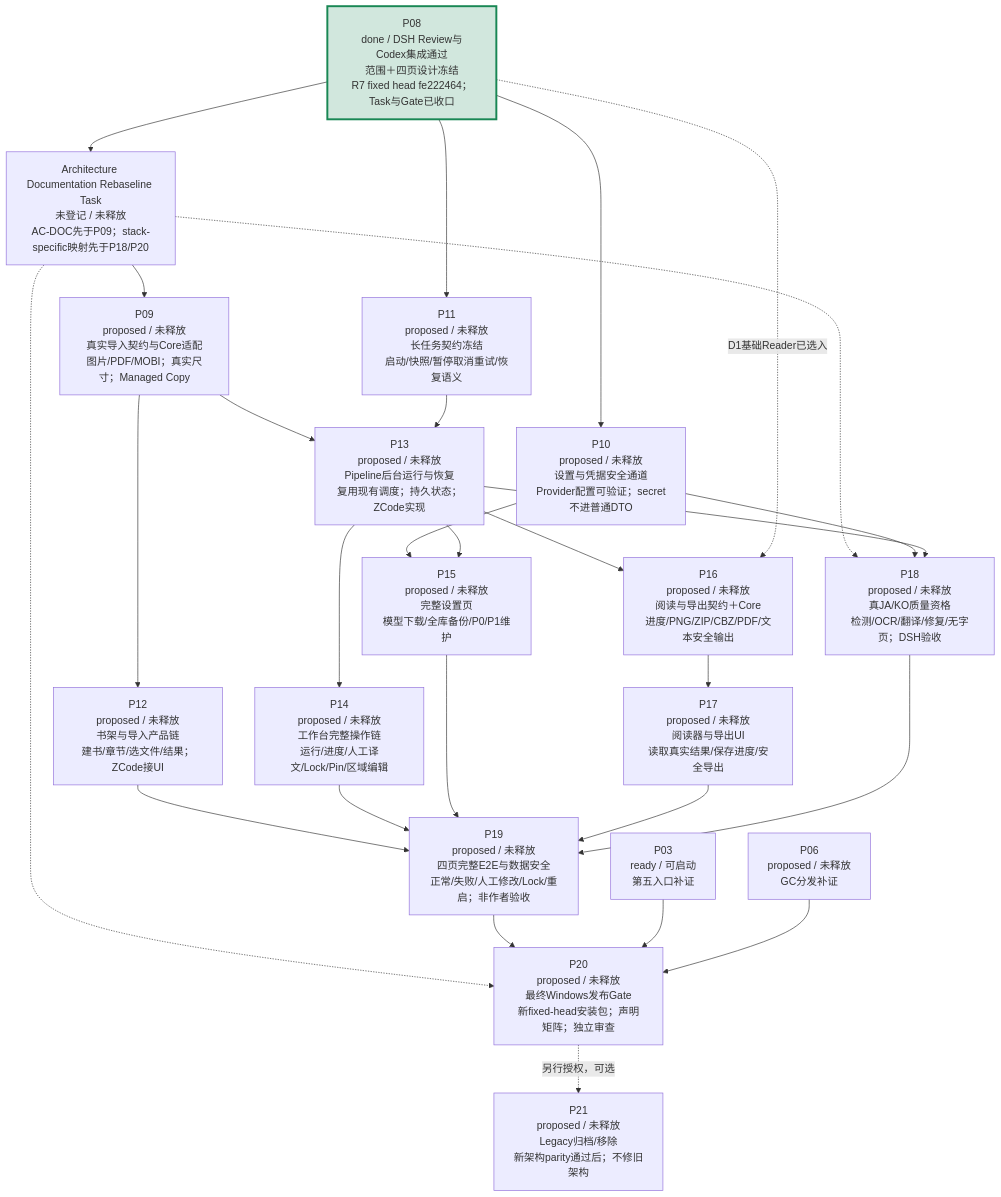
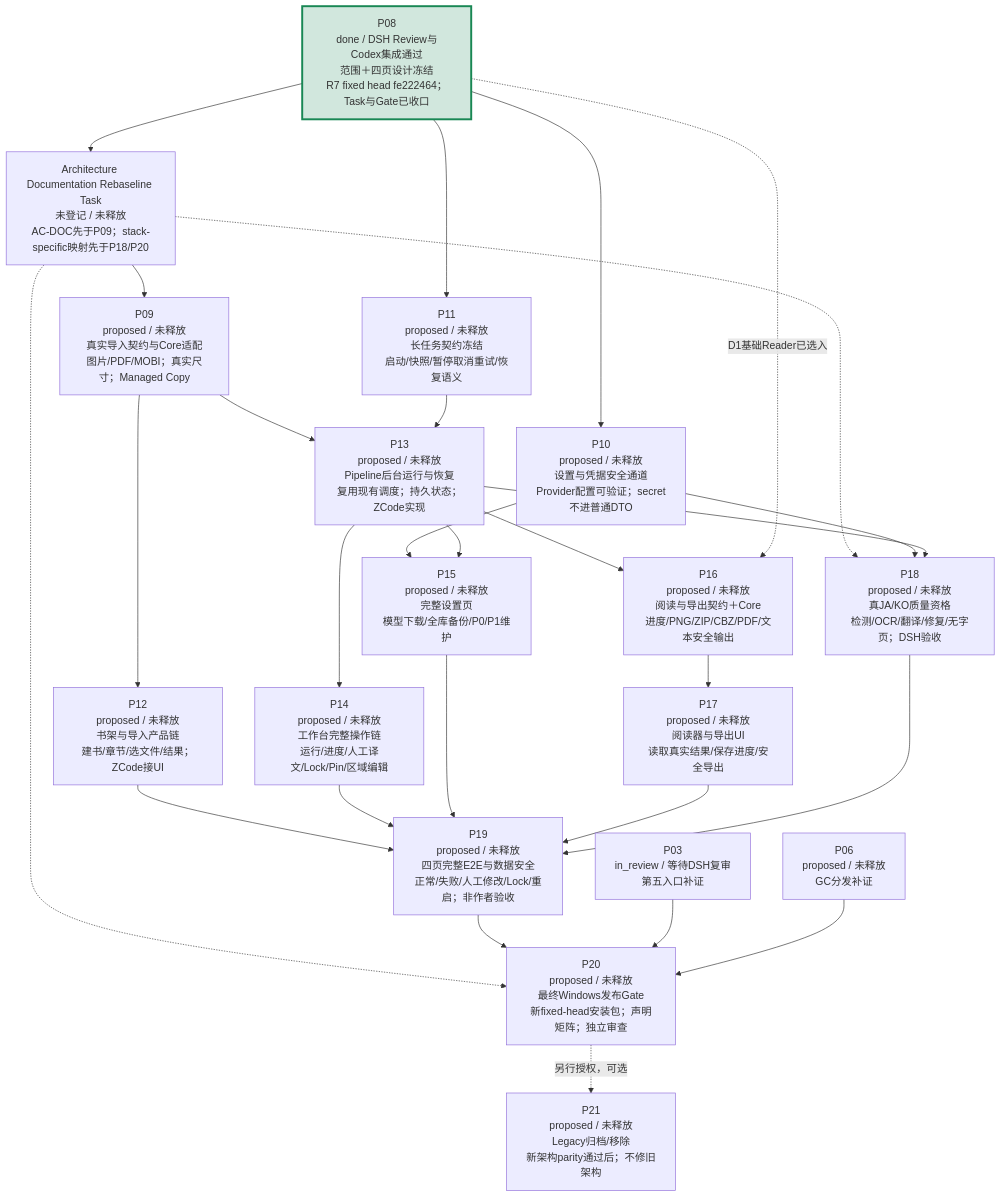
The third of 4 diagrams in verification/PROJECT-ROADMAP-20261008/ROADMAP.md (peakwheat-pixel/New-Manga), drawn with Mermaid before and after one commit. The commit also changed other lines of this file and 5 other files, not shown here.

````diff
--- a/verification/PROJECT-ROADMAP-20261008/ROADMAP.md
+++ b/verification/PROJECT-ROADMAP-20261008/ROADMAP.md
@@ -47,30 +47,30 @@
 ```mermaid
 flowchart TB
   P08["P08<br/>done / DSH Review与Codex集成通过<br/>范围＋四页设计冻结<br/>R7 fixed head fe222464；Task与Gate已收口"] --> ARCHDOC["Architecture Documentation Rebaseline Task<br/>未登记 / 未释放<br/>AC-DOC先于P09；stack-specific映射先于P18/P20"]
   ARCHDOC --> P09["P09<br/>proposed / 未释放<br/>真实导入契约与Core适配<br/>图片/PDF/MOBI；真实尺寸；Managed Copy"]
   ARCHDOC -.-> P18
   ARCHDOC -.-> P20
   P08 --> P10["P10<br/>proposed / 未释放<br/>设置与凭据安全通道<br/>Provider配置可验证；secret不进普通DTO"]
   P08 --> P11["P11<br/>proposed / 未释放<br/>长任务契约冻结<br/>启动/快照/暂停取消重试/恢复语义"]
   P09 --> P12["P12<br/>proposed / 未释放<br/>书架与导入产品链<br/>建书/章节/选文件/结果；ZCode接UI"]
   P09 --> P13["P13<br/>proposed / 未释放<br/>Pipeline后台运行与恢复<br/>复用现有调度；持久状态；ZCode实现"]
   P11 --> P13
   P13 --> P14["P14<br/>proposed / 未释放<br/>工作台完整操作链<br/>运行/进度/人工译文/Lock/Pin/区域编辑"]
   P10 --> P15["P15<br/>proposed / 未释放<br/>完整设置页<br/>模型下载/全库备份/P0/P1维护"]
   P13 --> P15
   P13 --> P16["P16<br/>proposed / 未释放<br/>阅读与导出契约＋Core<br/>进度/PNG/ZIP/CBZ/PDF/文本安全输出"]
   P08 -. "D1基础Reader已选入" .-> P16
   P16 --> P17["P17<br/>proposed / 未释放<br/>阅读器与导出UI<br/>读取真实结果/保存进度/安全导出"]
   P10 --> P18["P18<br/>proposed / 未释放<br/>真JA/KO质量资格<br/>检测/OCR/翻译/修复/无字页；DSH验收"]
   P13 --> P18
   P12 --> P19["P19<br/>proposed / 未释放<br/>四页完整E2E与数据安全<br/>正常/失败/人工修改/Lock/重启；非作者验收"]
   P14 --> P19
   P15 --> P19
   P17 --> P19
   P18 --> P19
   P19 --> P20["P20<br/>proposed / 未释放<br/>最终Windows发布Gate<br/>新fixed-head安装包；声明矩阵；独立审查"]
-  P03["P03<br/>ready / 可启动<br/>第五入口补证"] --> P20
+  P03["P03<br/>in_review / 等待DSH复审<br/>第五入口补证"] --> P20
   P06["P06<br/>proposed / 未释放<br/>GC分发补证"] --> P20
   P20 -. "另行授权，可选" .-> P21["P21<br/>proposed / 未释放<br/>Legacy归档/移除<br/>新架构parity通过后；不修旧架构"]
   style P08 fill:#d1e7dd,stroke:#198754,stroke-width:3px
 ```
````
